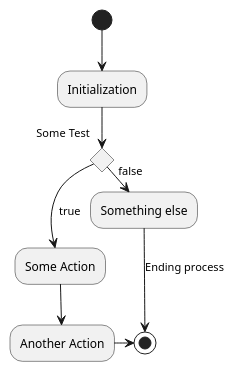
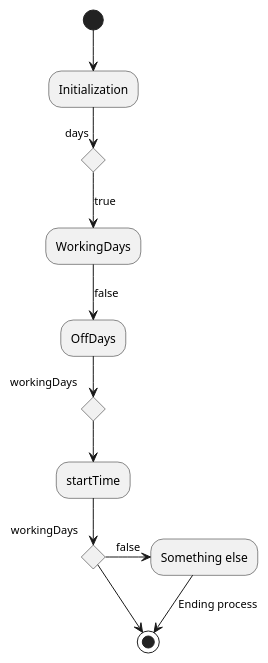
One commit to sherdawar3939/Parking-main-microservices changed the diagram in sequence.wsd. Above: the diagram before and after it, drawn with PlantUML. The commit also changed 3 other files, not shown here.

```diff
--- a/sequence.wsd
+++ b/sequence.wsd
@@ -1,13 +1,16 @@
-@startuml
+@startuml Uml Diagram
 (*) --> "Initialization"
 
-if "Some Test" then
-  -->[true] "Some Action"
-  --> "Another Action"
+if "days" then
+ -->[true] "WorkingDays"
+ -->[false] "OffDays"
+ if "workingDays" then
+  --> "startTime"
+  if "workingDays"
   -right-> (*)
 else
   ->[false] "Something else"
   -->[Ending process] (*)
 endif
 
 @enduml
```
